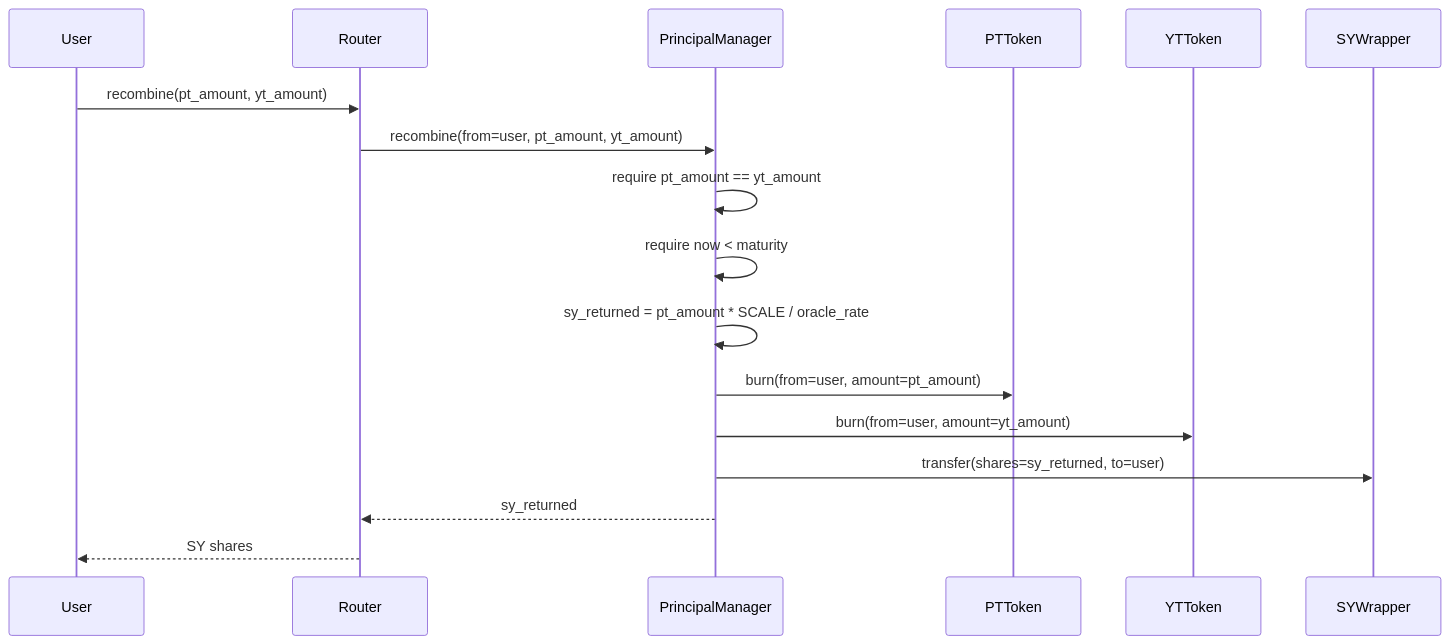
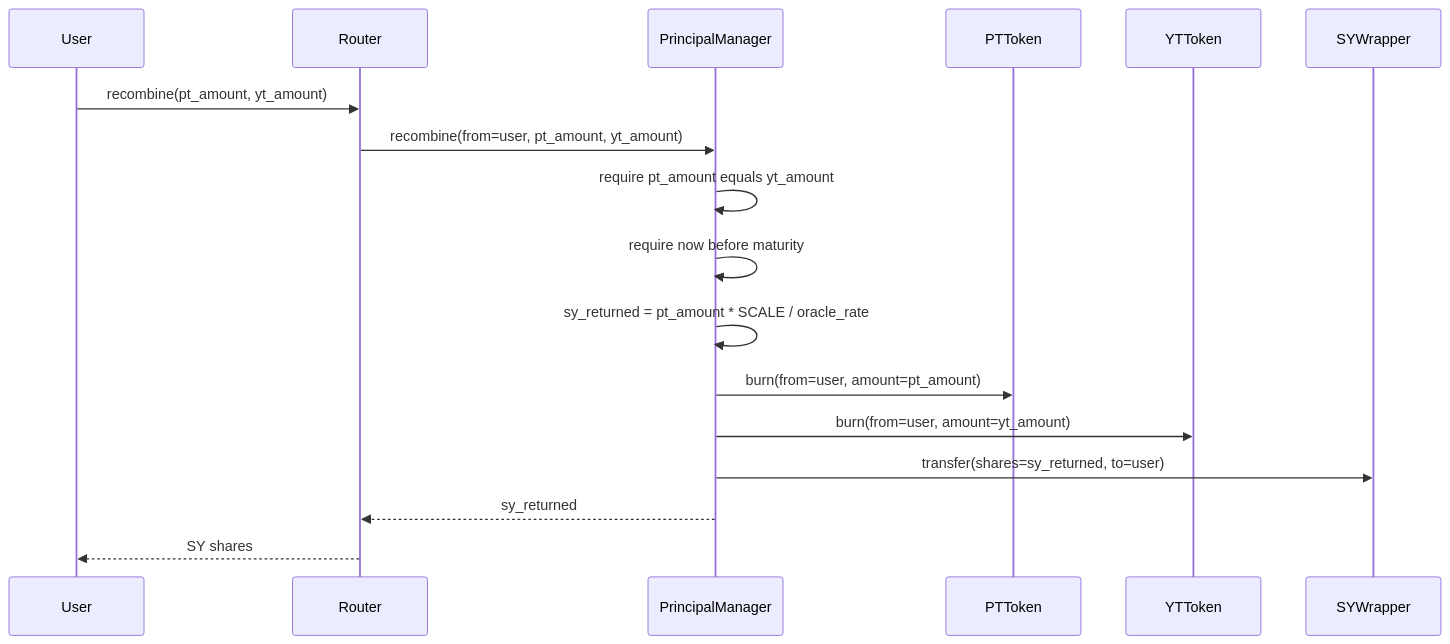
Before and after one commit to principal-Protocol-org/principal: the sixth of 9 diagrams in ARCHITECTURE.md, drawn with Mermaid. The commit also changed other lines of this file, not shown here.

Commit message:
docs: expand Stellar architecture

````diff
--- a/ARCHITECTURE.md
+++ b/ARCHITECTURE.md
@@ -244,20 +244,20 @@
 ```mermaid
 sequenceDiagram
     participant U as User
     participant RT as Router
     participant PM as PrincipalManager
     participant PT as PTToken
     participant YT as YTToken
     participant SYW as SYWrapper
 
     U->>RT: recombine(pt_amount, yt_amount)
     RT->>PM: recombine(from=user, pt_amount, yt_amount)
-    PM->>PM: require pt_amount == yt_amount
-    PM->>PM: require now < maturity
+    PM->>PM: require pt_amount equals yt_amount
+    PM->>PM: require now before maturity
     PM->>PM: sy_returned = pt_amount * SCALE / oracle_rate
     PM->>PT: burn(from=user, amount=pt_amount)
     PM->>YT: burn(from=user, amount=yt_amount)
     PM->>SYW: transfer(shares=sy_returned, to=user)
     PM-->>RT: sy_returned
     RT-->>U: SY shares
 ```
````
